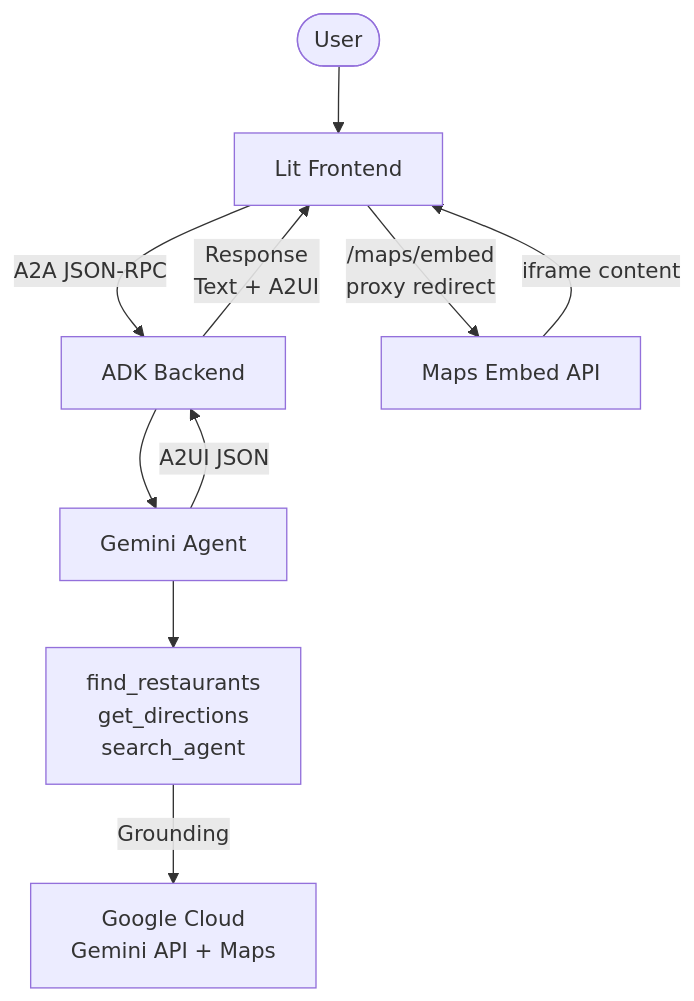
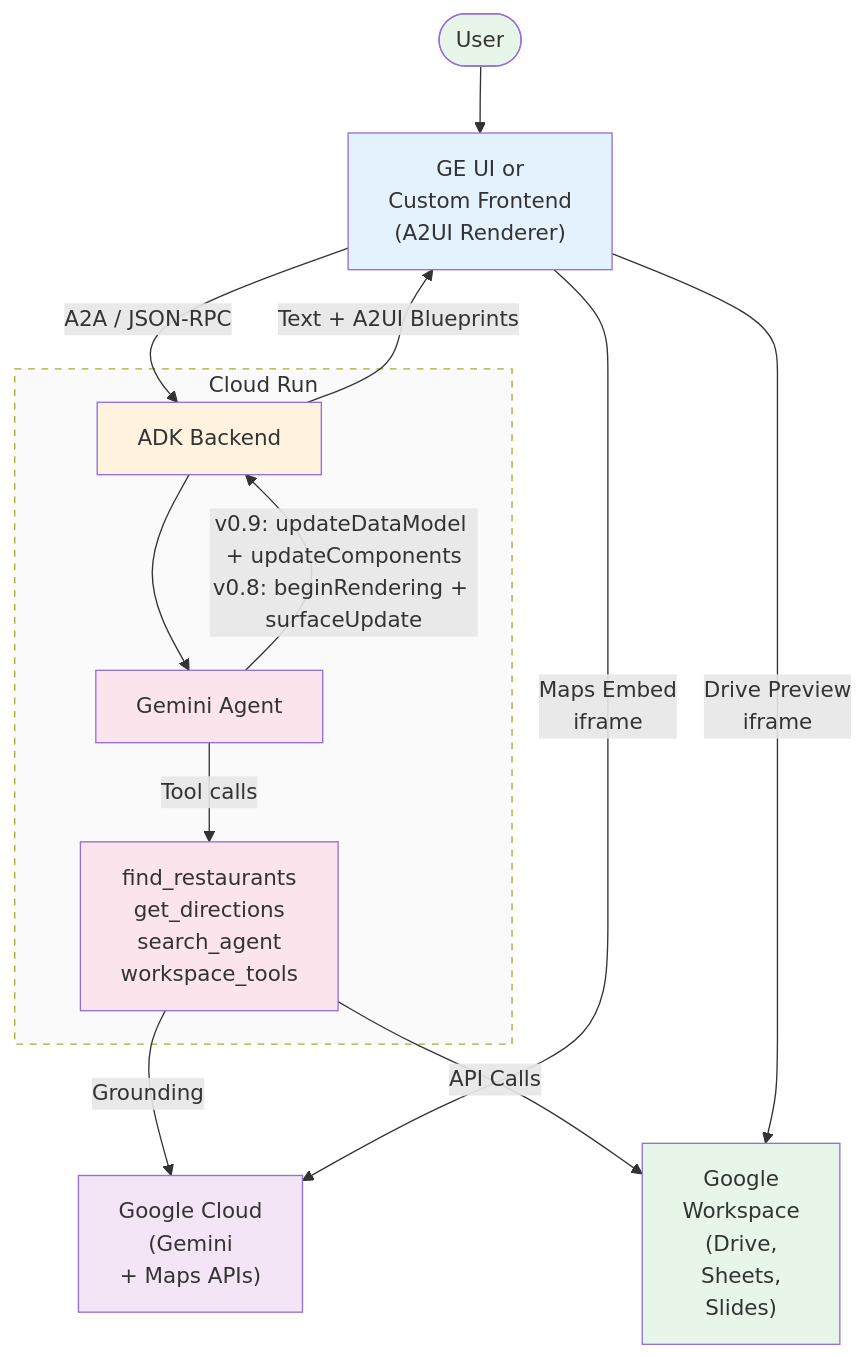
One commit to wadave/agent-a2ui-demo changed the first of 3 diagrams in docs/sdd.md. Above: the diagram before and after it, drawn with Mermaid. The commit also changed other lines of this file and 2 other files, not shown here.

````diff
--- a/docs/sdd.md
+++ b/docs/sdd.md
@@ -37,12 +68,31 @@
 ```mermaid
 graph TB
-    User([User]) --> Frontend[Lit Frontend]
-    Frontend -->|A2A JSON-RPC| Backend[ADK Backend]
-    Backend --> Agent[Gemini Agent]
-    Agent --> Tools[find_restaurants<br/>get_directions<br/>search_agent]
-    Tools -->|Grounding| GCP[Google Cloud<br/>Gemini API + Maps]
-    Agent -->|A2UI JSON| Backend
-    Backend -->|"Response<br/>Text + A2UI"| Frontend
-    Frontend -->|"/maps/embed<br/>proxy redirect"| MapsEmbed[Maps Embed API]
-    MapsEmbed -->|iframe content| Frontend
+    User([User]) --> FE["GE UI or <br/>Custom Frontend<br/>(A2UI Renderer)"]
+
+    FE -->|"A2A / JSON-RPC"| BE
+
+    subgraph CloudRun["Cloud Run"]
+        BE["ADK Backend"]
+        Agent["Gemini Agent"]
+        Tools["find_restaurants<br/>get_directions<br/>search_agent<br/>workspace_tools"]
+
+        BE --> Agent
+        Agent -->|"Tool calls"| Tools
+        Agent -->|"v0.9: updateDataModel + updateComponents<br/>v0.8: beginRendering + surfaceUpdate"| BE
+    end
+
+    BE -->|"Text + A2UI Blueprints"| FE
+    Tools -->|"Grounding"| GCP["Google Cloud<br/>(Gemini<br/>+ Maps APIs)"]
+    Tools -->|"API Calls"| GWS["Google<br/>Workspace<br/>(Drive,<br/>Sheets,<br/>Slides)"]
+    FE -->|"Maps Embed<br/> iframe"| GCP
+    FE -->|"Drive Preview <br/>iframe"| GWS
+
+    style User fill:#e8f5e9
+    style FE fill:#e3f2fd
+    style BE fill:#fff3e0
+    style Agent fill:#fce4ec
+    style Tools fill:#fce4ec
+    style GCP fill:#f3e5f5
+    style GWS fill:#e8f5e9
+    style CloudRun stroke-dasharray:5 5,fill:#fafafa
 ```
````
